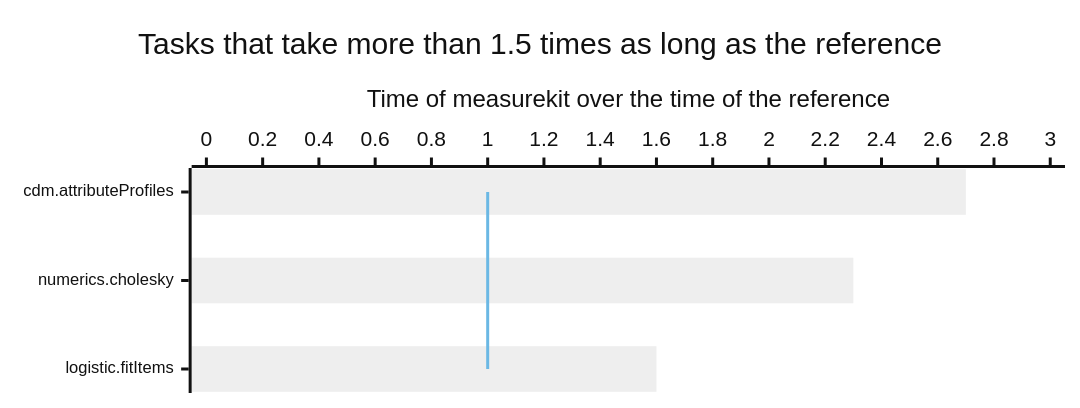
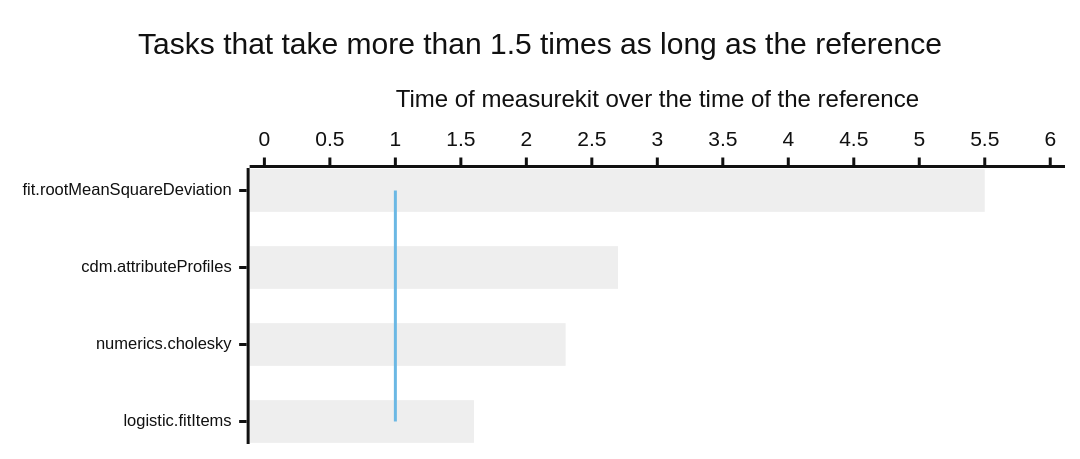
One commit to measurekit/measurekit changed the first of 15 diagrams in docs/performance.md. Above: the diagram before and after it, drawn with Mermaid (neutral theme). The commit also changed other lines of this file and 1 other file, not shown here.

First line of the commit message:
Give the performance guide the rows and charts of fit, cat, the evaluation of automated scores and person scalability, and the timing of RSMTool

````diff
--- a/docs/performance.md
+++ b/docs/performance.md
@@ -9,9 +9,9 @@
 ```mermaid
-%%{init: {"xyChart": {"height": 252, "xAxis": {"labelFontSize": 11}}}}%%
+%%{init: {"xyChart": {"height": 286, "xAxis": {"labelFontSize": 11}}}}%%
 xychart-beta horizontal
   title "Tasks that take more than 1.5 times as long as the reference"
-  x-axis ["cdm.attributeProfiles", "numerics.cholesky", "logistic.fitItems"]
-  y-axis "Time of measurekit over the time of the reference" 0 --> 3
-  bar [2.7, 2.3, 1.6]
-  line [1, 1, 1]
+  x-axis ["fit.rootMeanSquareDeviation", "cdm.attributeProfiles", "numerics.cholesky", "logistic.fitItems"]
+  y-axis "Time of measurekit over the time of the reference" 0 --> 6
+  bar [5.5, 2.7, 2.3, 1.6]
+  line [1, 1, 1, 1]
 ```
````
